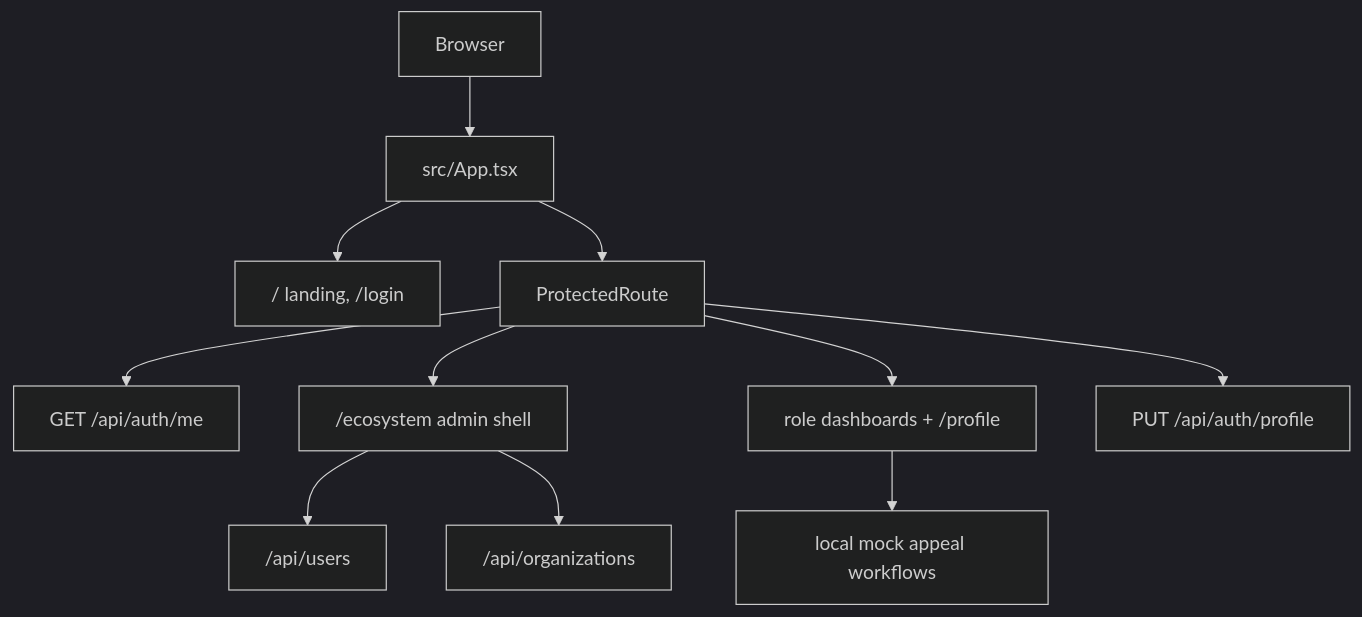
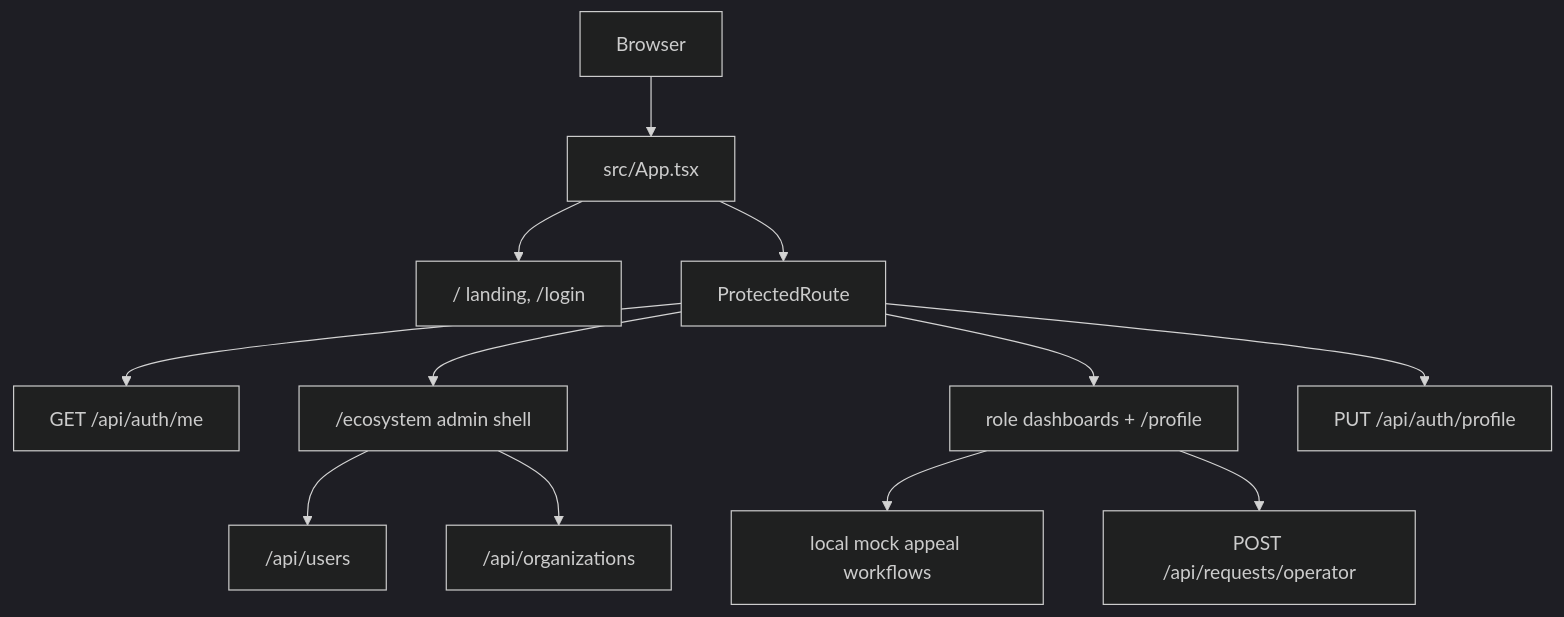
The diagram in docs/architecture/overview.md (Qurbonsaid/murojaat24), drawn with Mermaid (dark theme) before and after one commit. The commit also changed other lines of this file and 17 other files, not shown here.

````diff
--- a/docs/architecture/overview.md
+++ b/docs/architecture/overview.md
@@ -7,13 +7,14 @@
 ```mermaid
 flowchart TD
   Browser --> App["src/App.tsx"]
   App --> Public["/ landing, /login"]
   App --> Guard["ProtectedRoute"]
   Guard --> Me["GET /api/auth/me"]
   Guard --> Ecosystem["/ecosystem admin shell"]
   Guard --> Dashboards["role dashboards + /profile"]
   Ecosystem --> UsersAPI["/api/users"]
   Ecosystem --> OrgsAPI["/api/organizations"]
   Dashboards --> Mock["local mock appeal workflows"]
+  Dashboards --> RequestsAPI["POST /api/requests/operator"]
   Guard --> ProfileAPI["PUT /api/auth/profile"]
 ```
````
